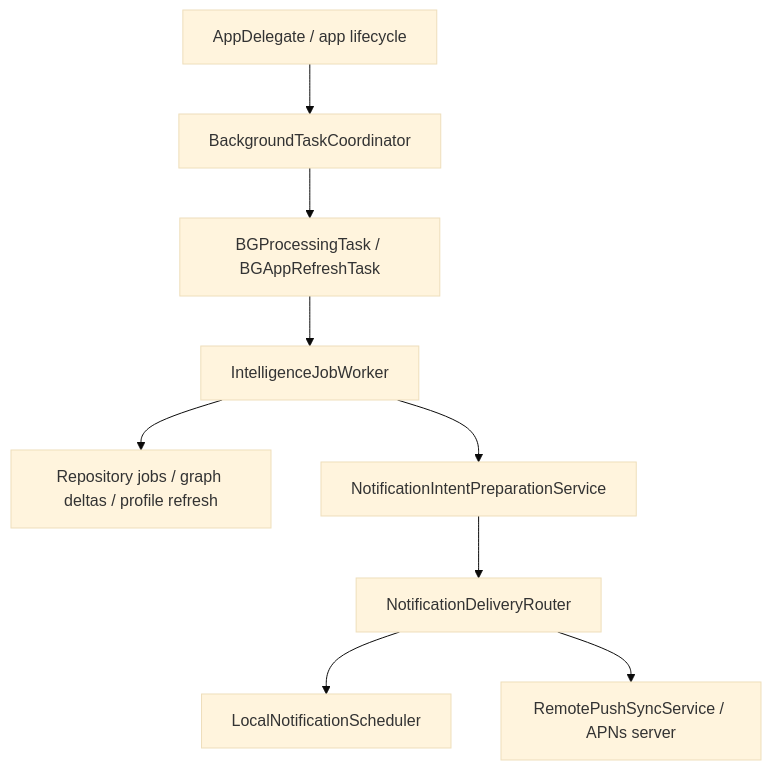
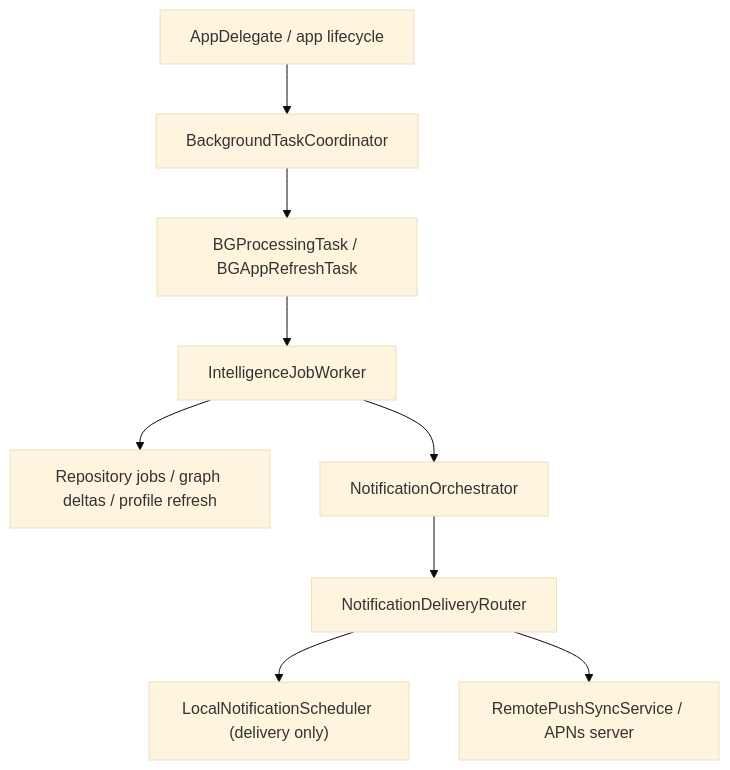
The eighth of 8 diagrams in docs/mory_architecture_handbook_2026_05/01_system_overview_and_runtime_flows.md (daaihang/sprout), drawn with Mermaid (base theme) before and after one commit. The commit also changed 35 other files, not shown here.

Commit message:
refactor(notification): unify orchestration flow

````diff
--- a/docs/mory_architecture_handbook_2026_05/01_system_overview_and_runtime_flows.md
+++ b/docs/mory_architecture_handbook_2026_05/01_system_overview_and_runtime_flows.md
@@ -252,11 +252,11 @@
 ```mermaid
 flowchart TD
     A["AppDelegate / app lifecycle"] --> B["BackgroundTaskCoordinator"]
     B --> C["BGProcessingTask / BGAppRefreshTask"]
     C --> D["IntelligenceJobWorker"]
     D --> E["Repository jobs / graph deltas / profile refresh"]
-    D --> F["NotificationIntentPreparationService"]
+    D --> F["NotificationOrchestrator"]
     F --> G["NotificationDeliveryRouter"]
-    G --> H["LocalNotificationScheduler"]
+    G --> H["LocalNotificationScheduler (delivery only)"]
     G --> I["RemotePushSyncService / APNs server"]
 ```
````
